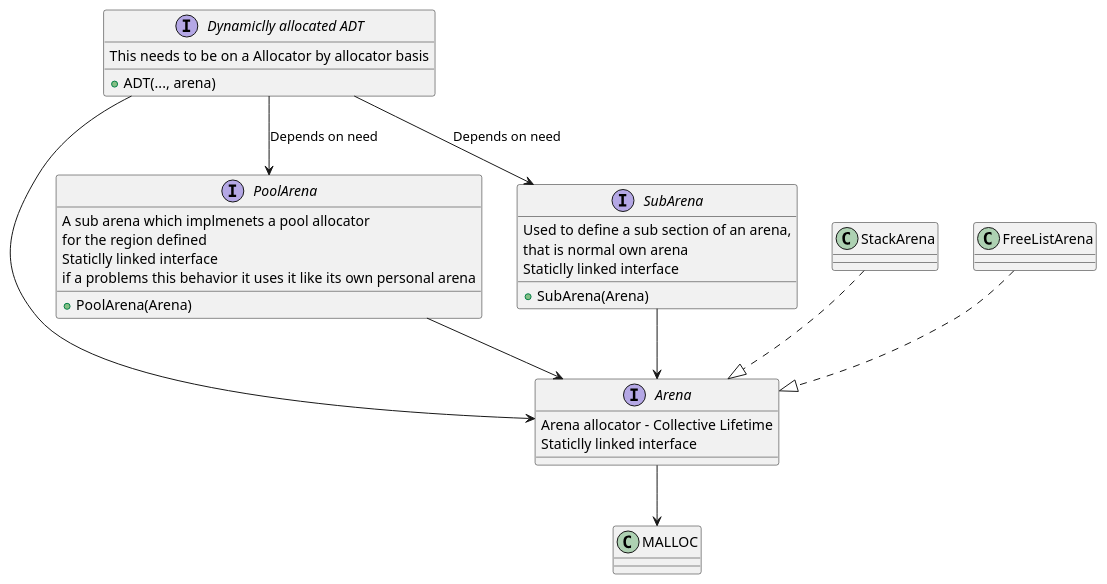
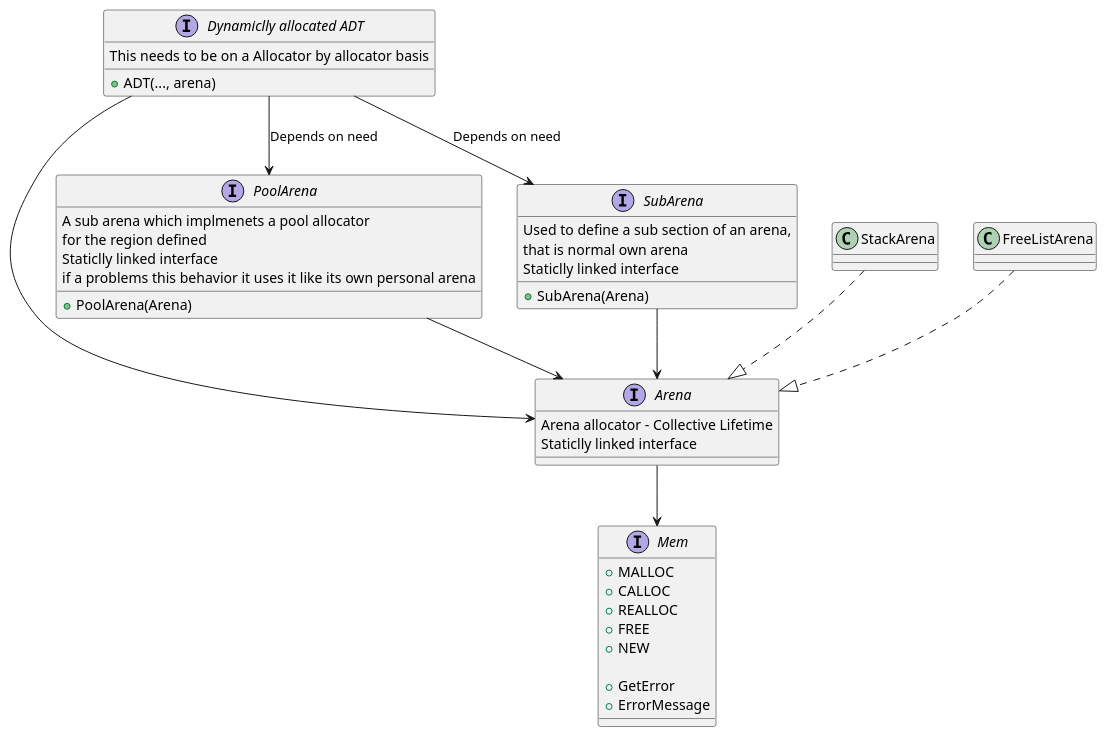
The diagram in docs/alloc/allocator.puml (daplhall/GraphicsProject), drawn with PlantUML before and after one commit. The commit also changed 1 other file, not shown here.

Commit message:
updated documentation to refelect the inclusion of Mem

```diff
--- a/docs/alloc/allocator.puml
+++ b/docs/alloc/allocator.puml
@@ -1,41 +1,51 @@
 @startuml Allocator
     top to bottom direction
 
     interface "Dynamiclly allocated ADT" as ADT{
         This needs to be on a Allocator by allocator basis
         + ADT(..., arena)
     }
     
     Interface Arena{
         Arena allocator - Collective Lifetime
         Staticlly linked interface
     }
     
     Interface PoolArena{
         A sub arena which implmenets a pool allocator
         for the region defined
         Staticlly linked interface
         if a problems this behavior it uses it like its own personal arena
         + PoolArena(Arena)
     }
 
     Interface SubArena{
         Used to define a sub section of an arena, 
         that is normal own arena
         Staticlly linked interface
         + SubArena(Arena)
     }
     class StackArena {
     }
     class FreeListArena{
         
     }
+    Interface Mem{
+        + MALLOC
+        + CALLOC
+        + REALLOC
+        + FREE
+        + NEW
+        
+        + GetError
+        + ErrorMessage
+    }
     ADT --> Arena
     ADT --> PoolArena : Depends on need
     ADT --> SubArena : Depends on need
     PoolArena --> Arena
     SubArena --> Arena
     StackArena ..|> Arena
     FreeListArena ..|> Arena
-    Arena --> MALLOC
+    Arena --> Mem
 @enduml
```
